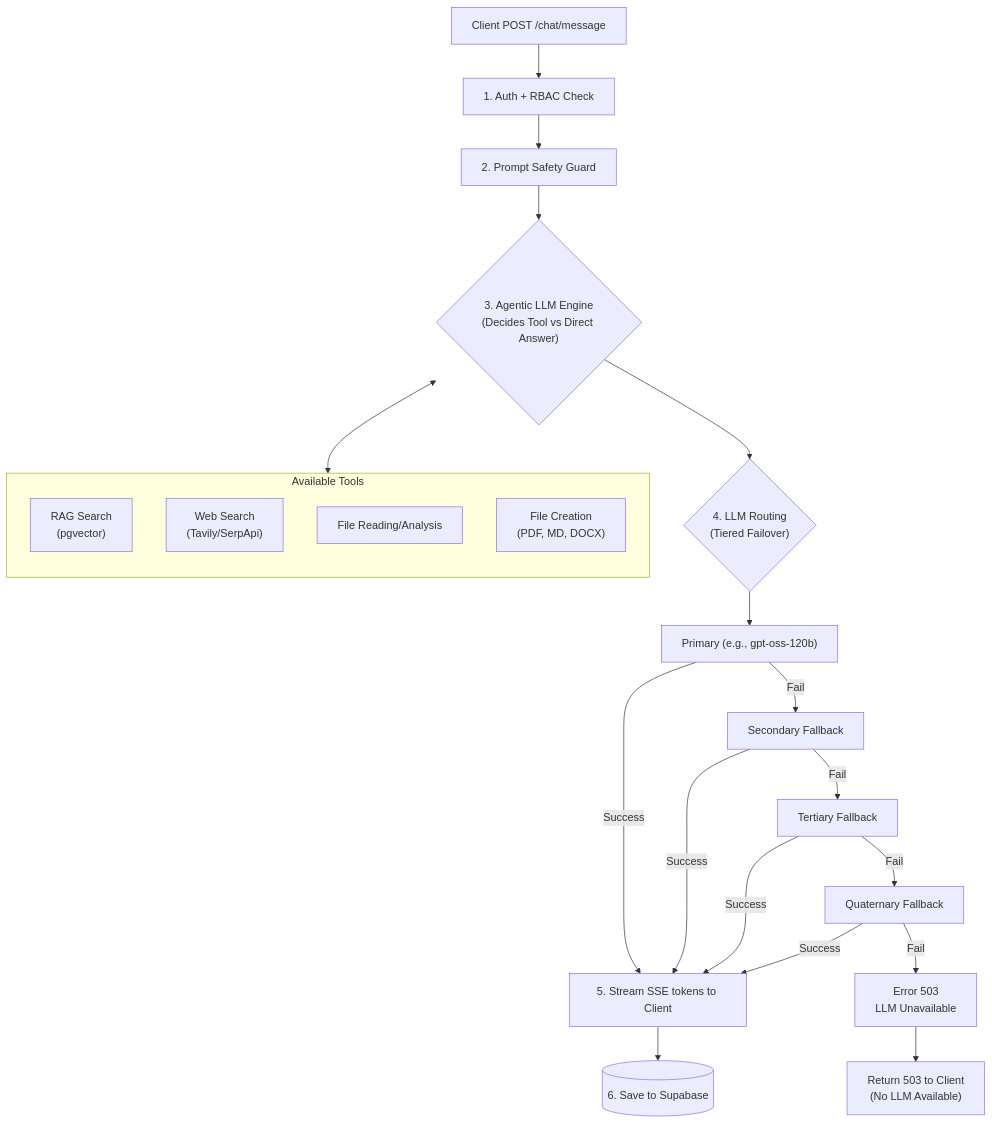
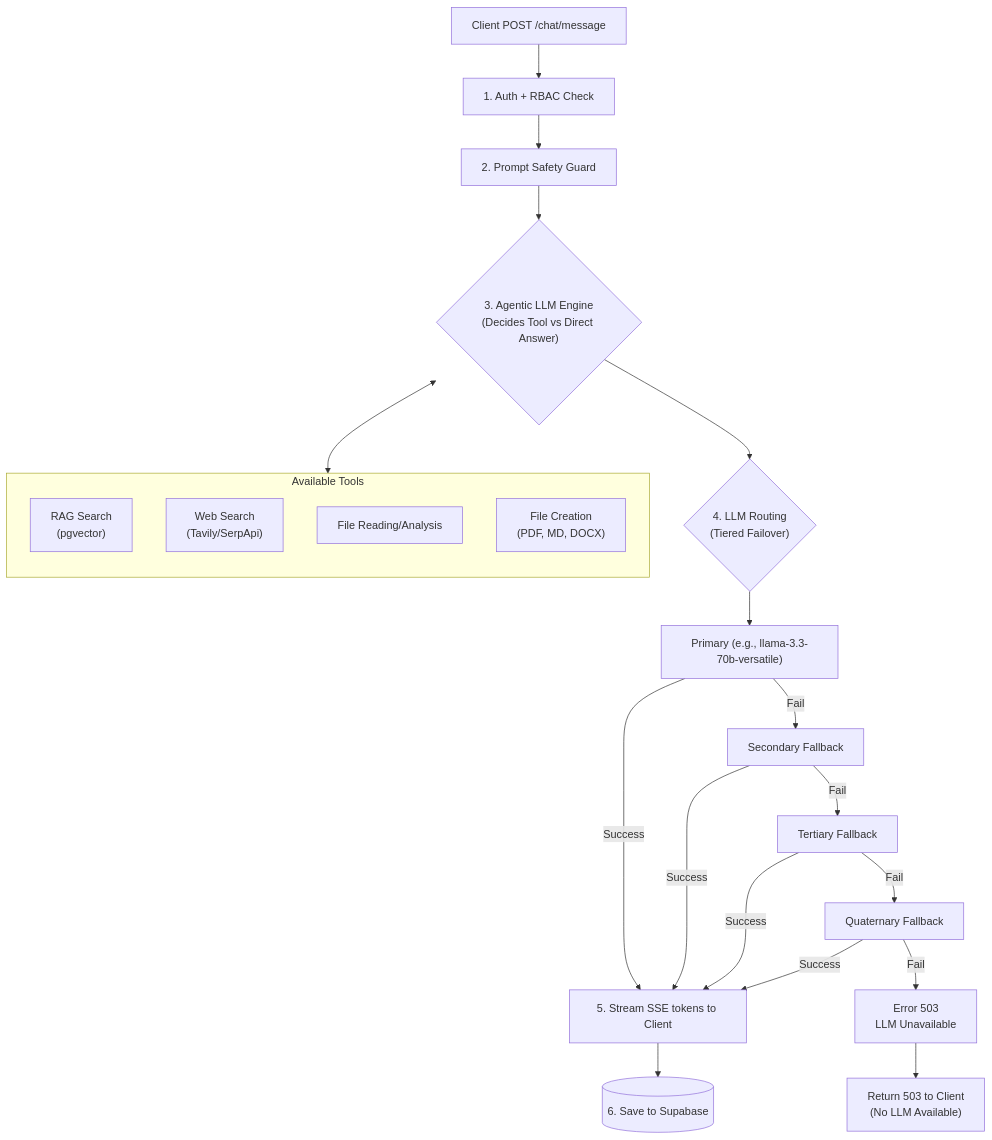
The third of 33 diagrams in docs/implementation_plan.md (PansGPT/pansgpt), drawn with Mermaid before and after one commit. The commit also changed other lines of this file and 156 other files, not shown here.

````diff
--- a/docs/implementation_plan.md
+++ b/docs/implementation_plan.md
@@ -1447,45 +1450,45 @@
 ```mermaid
 flowchart TD
     Client["Client POST /chat/message"]
 
     Auth["1. Auth + RBAC Check"]
     Guard["2. Prompt Safety Guard"]
 
     Agent{"3. Agentic LLM Engine\n(Decides Tool vs Direct Answer)"}
 
     subgraph Tools["Available Tools"]
         direction TB
         RAG["RAG Search\n(pgvector)"]
         Web["Web Search\n(Tavily/SerpApi)"]
         Read["File Reading/Analysis"]
         Create["File Creation\n(PDF, MD, DOCX)"]
     end
 
     ModelTier{"4. LLM Routing\n(Tiered Failover)"}
-    Primary["Primary (e.g., gpt-oss-120b)"]
+    Primary["Primary (e.g., llama-3.3-70b-versatile)"]
     Secondary["Secondary Fallback"]
     Tertiary["Tertiary Fallback"]
     Quaternary["Quaternary Fallback"]
     FailErr["Error 503\nLLM Unavailable"]
 
     Stream["5. Stream SSE tokens to Client"]
     Save[("6. Save to Supabase")]
 
     Client --> Auth --> Guard --> Agent
 
     Agent <--> Tools
     Agent --> ModelTier
 
     ModelTier --> Primary
     Primary -- Success --> Stream
     Primary -- Fail --> Secondary
     Secondary -- Success --> Stream
     Secondary -- Fail --> Tertiary
     Tertiary -- Success --> Stream
     Tertiary -- Fail --> Quaternary
     Quaternary -- Success --> Stream
     Quaternary -- Fail --> FailErr
 
     FailErr --> ClientErr["Return 503 to Client\n(No LLM Available)"]
     Stream --> Save
 ```
````
